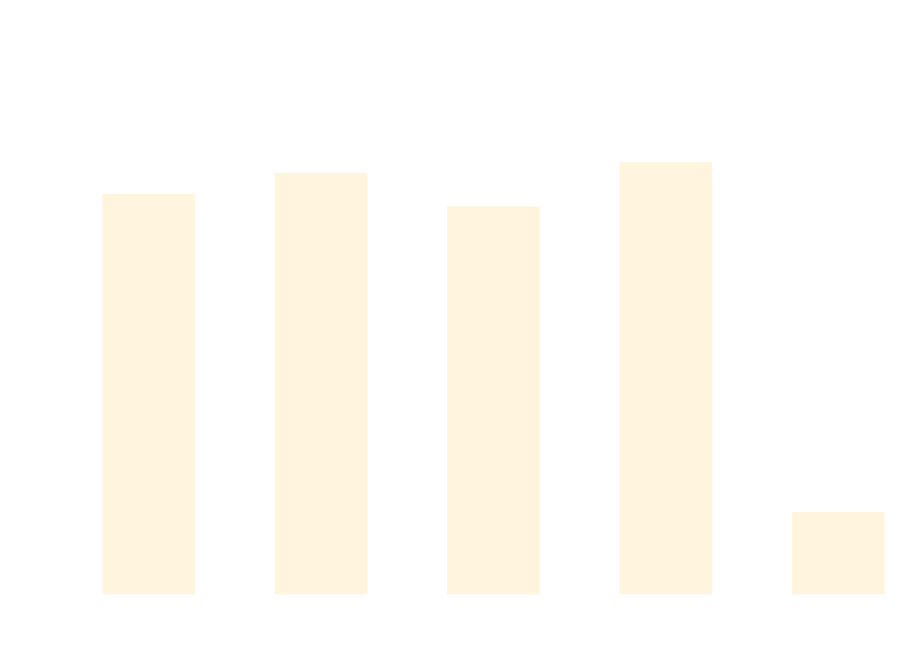
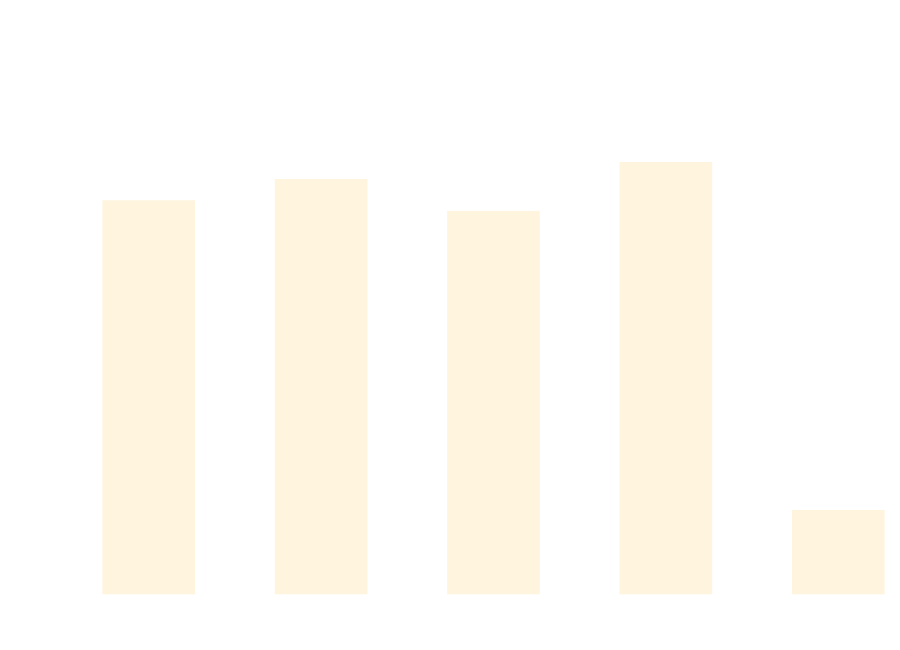
One commit to thomhurst/TUnit changed the diagram in docs/docs/benchmarks/AsyncTests.md. Above: the diagram before and after it, drawn with Mermaid. The commit also changed other lines of this file and 17 other files, not shown here.

````diff
--- a/docs/docs/benchmarks/AsyncTests.md
+++ b/docs/docs/benchmarks/AsyncTests.md
@@ -27,37 +27,37 @@
 ```mermaid
 %%{init: {
   'theme':'base',
   'themeVariables': {
     'primaryColor': '#2563eb',
     'primaryTextColor': '#ffffff',
     'primaryBorderColor': '#1e40af',
     'lineColor': '#6b7280',
     'secondaryColor': '#7c3aed',
     'tertiaryColor': '#dc2626',
     'background': '#ffffff',
     'mainBkg': '#2563eb',
     'secondBkg': '#7c3aed',
     'tertiaryBkg': '#dc2626',
     'clusterBkg': '#f3f4f6',
     'edgeLabelBackground': '#ffffff',
     'tertiaryTextColor': '#1f2937',
     'pie1': '#2563eb',
     'pie2': '#7c3aed',
     'pie3': '#dc2626',
     'pie4': '#f59e0b',
     'pie5': '#10b981',
     'pie6': '#06b6d4',
     'pie7': '#ec4899',
     'pie8': '#6366f1',
     'pie9': '#84cc16',
     'pie10': '#f97316',
     'pie11': '#14b8a6',
     'pie12': '#a855f7'
   }
 }}%%
 xychart-beta
   title "AsyncTests Performance Comparison"
   x-axis ["TUnit", "NUnit", "MSTest", "xUnit3", "TUnit_AOT"]
-  y-axis "Time (ms)" 0 --> 875
-  bar [673.9, 710.4, 652.6, 728.9, 124.2]
+  y-axis "Time (ms)" 0 --> 862
+  bar [653.2, 689.4, 635.1, 718.3, 125.9]
 ```
````
